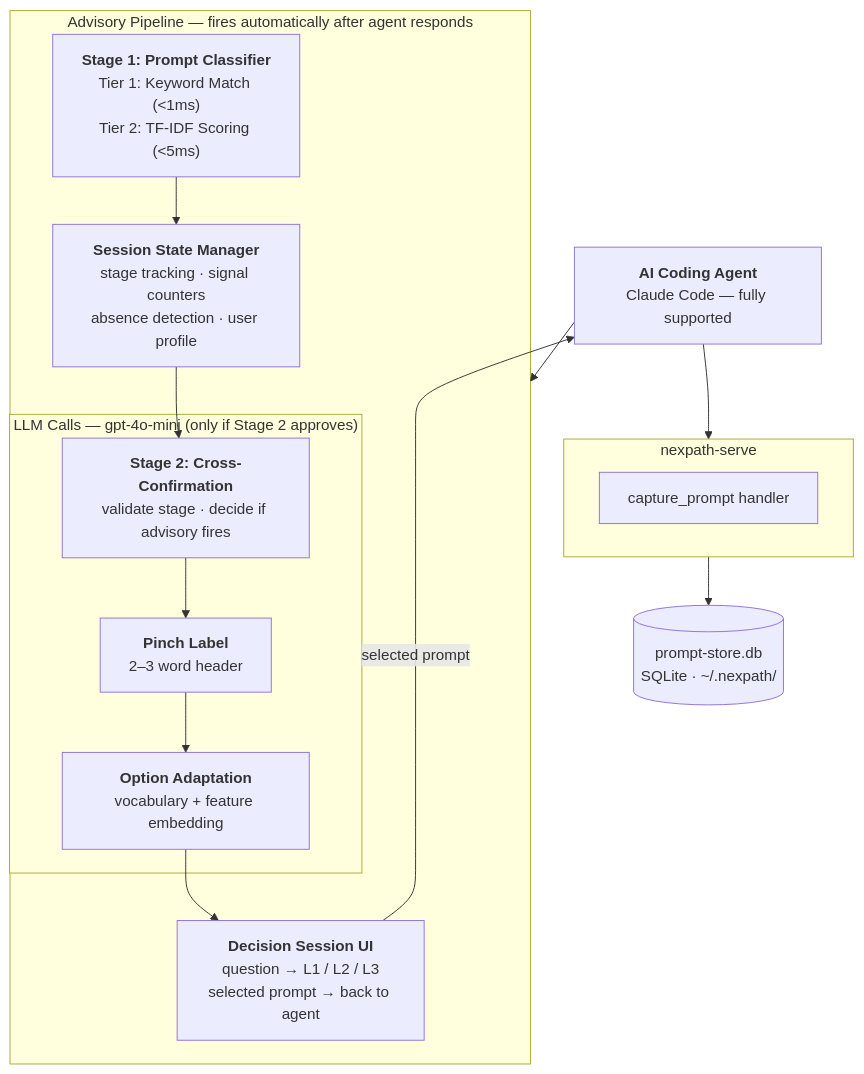
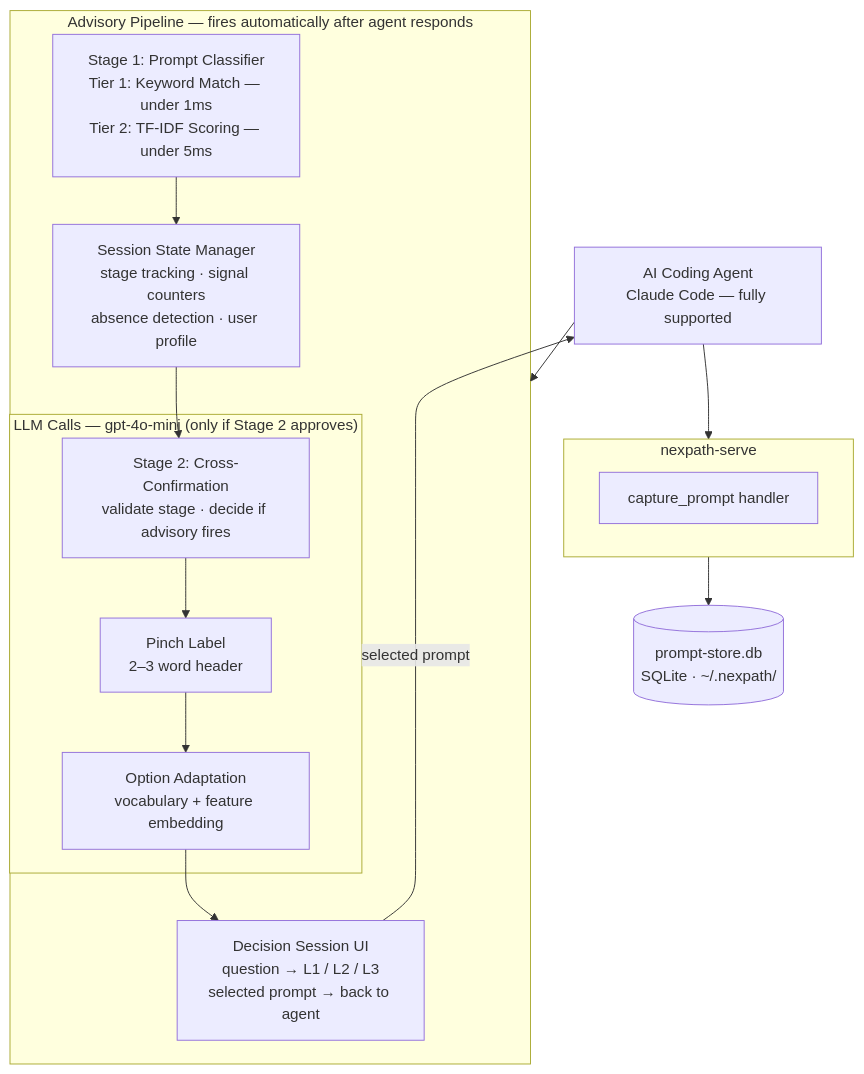
Before and after one commit to bhavnesh75/nexpath: the diagram in README.md, drawn with Mermaid.

Commit message:
Update README content

````diff
--- a/README.md
+++ b/README.md
@@ -22,23 +22,23 @@
 ```mermaid
 flowchart TB
-    Agent["<b>AI Coding Agent</b><br/>Claude Code — fully supported"]
+    Agent["AI Coding Agent<br/>Claude Code — fully supported"]
     subgraph NS["nexpath-serve"]
         Capture["capture_prompt handler"]
     end
     DB[("prompt-store.db<br/>SQLite · ~/.nexpath/")]
     subgraph Pipeline["Advisory Pipeline — fires automatically after agent responds"]
-        S1["<b>Stage 1: Prompt Classifier</b><br/>Tier 1: Keyword Match (&lt;1ms)<br/>Tier 2: TF-IDF Scoring (&lt;5ms)"]
-        SM["<b>Session State Manager</b><br/>stage tracking · signal counters<br/>absence detection · user profile"]
+        S1["Stage 1: Prompt Classifier<br/>Tier 1: Keyword Match — under 1ms<br/>Tier 2: TF-IDF Scoring — under 5ms"]
+        SM["Session State Manager<br/>stage tracking · signal counters<br/>absence detection · user profile"]
         subgraph LLM["LLM Calls — gpt-4o-mini (only if Stage 2 approves)"]
-            S2["<b>Stage 2: Cross-Confirmation</b><br/>validate stage · decide if advisory fires"]
-            PL["<b>Pinch Label</b><br/>2–3 word header"]
-            OPT["<b>Option Adaptation</b><br/>vocabulary + feature embedding"]
+            S2["Stage 2: Cross-Confirmation<br/>validate stage · decide if advisory fires"]
+            PL["Pinch Label<br/>2–3 word header"]
+            OPT["Option Adaptation<br/>vocabulary + feature embedding"]
         end
-        DS["<b>Decision Session UI</b><br/>question → L1 / L2 / L3<br/>selected prompt → back to agent"]
+        DS["Decision Session UI<br/>question → L1 / L2 / L3<br/>selected prompt → back to agent"]
     end
     Agent --> NS
     NS --> DB
     Agent --> Pipeline
     S1 --> SM --> S2 --> PL --> OPT --> DS
     DS -->|"selected prompt"| Agent
 ```
````
